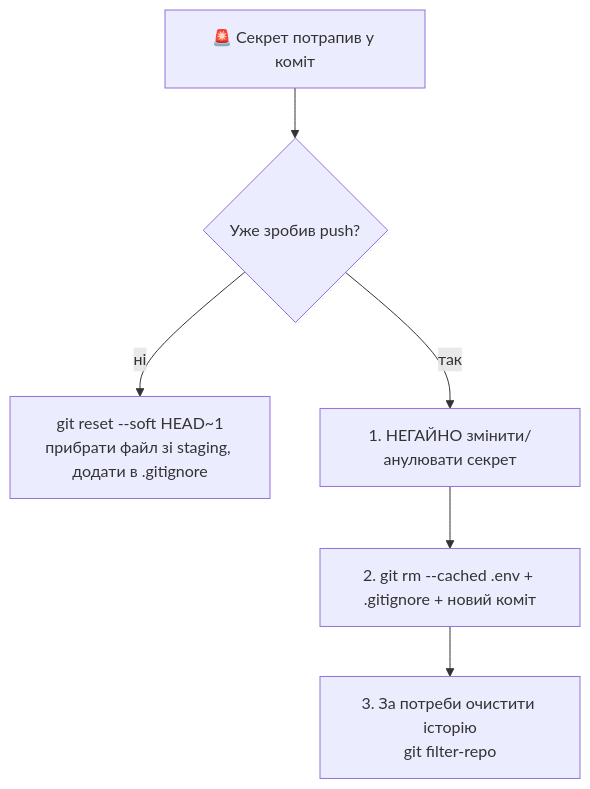
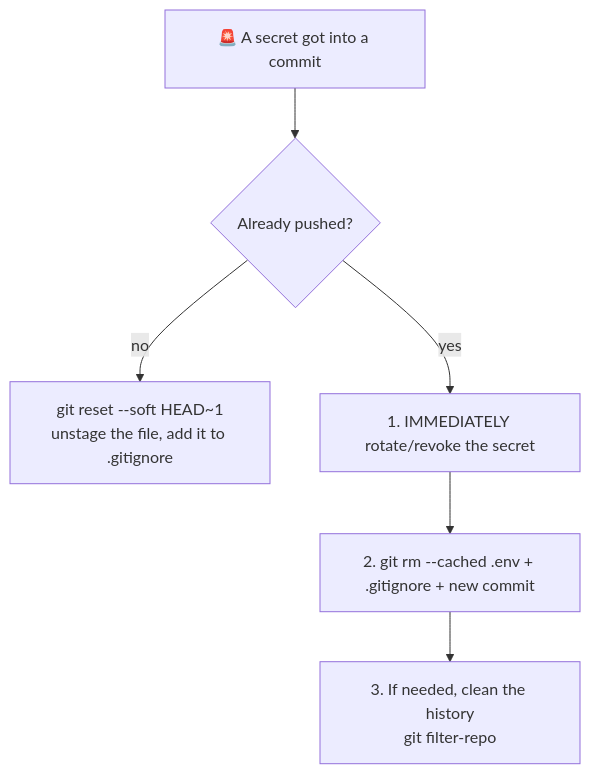
Before and after one commit to andriyevski/python-learning-portfolio: diagram 13 of 14 in git_commands.md, drawn with Mermaid. The commit also changed other lines of this file and 3 other files, not shown here.

````diff
--- a/git_commands.md
+++ b/git_commands.md
@@ -629,8 +629,8 @@
 ```mermaid
 graph TD
-    A["🚨 Секрет потрапив у коміт"] --> B{"Уже зробив push?"}
-    B -->|"ні"| C["git reset --soft HEAD~1<br/>прибрати файл зі staging, додати в .gitignore"]
-    B -->|"так"| D["1. НЕГАЙНО змінити/анулювати секрет"]
-    D --> E["2. git rm --cached .env + .gitignore + новий коміт"]
-    E --> F["3. За потреби очистити історію<br/>git filter-repo"]
+    A["🚨 A secret got into a commit"] --> B{"Already pushed?"}
+    B -->|"no"| C["git reset --soft HEAD~1<br/>unstage the file, add it to .gitignore"]
+    B -->|"yes"| D["1. IMMEDIATELY rotate/revoke the secret"]
+    D --> E["2. git rm --cached .env + .gitignore + new commit"]
+    E --> F["3. If needed, clean the history<br/>git filter-repo"]
 ```
````
